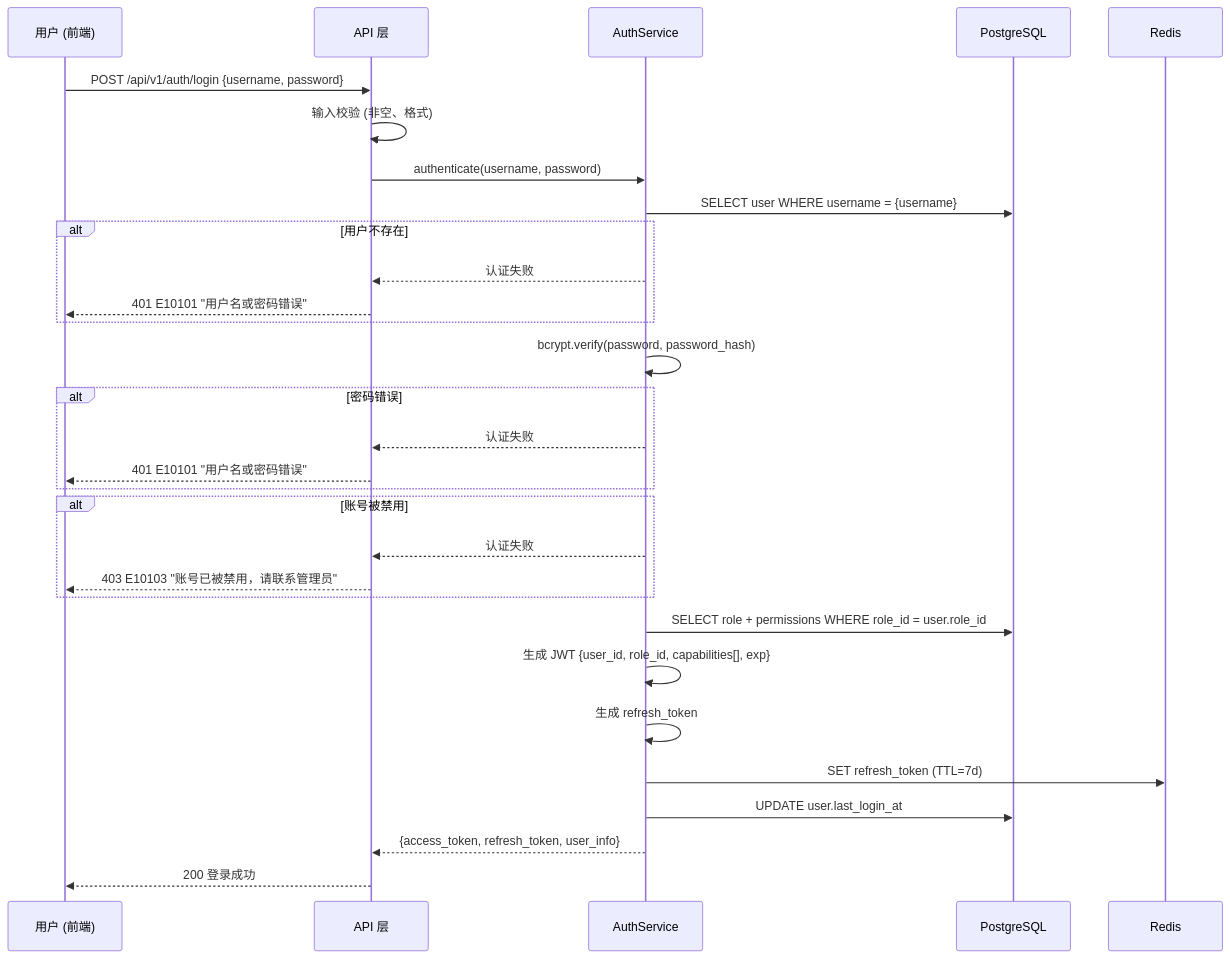
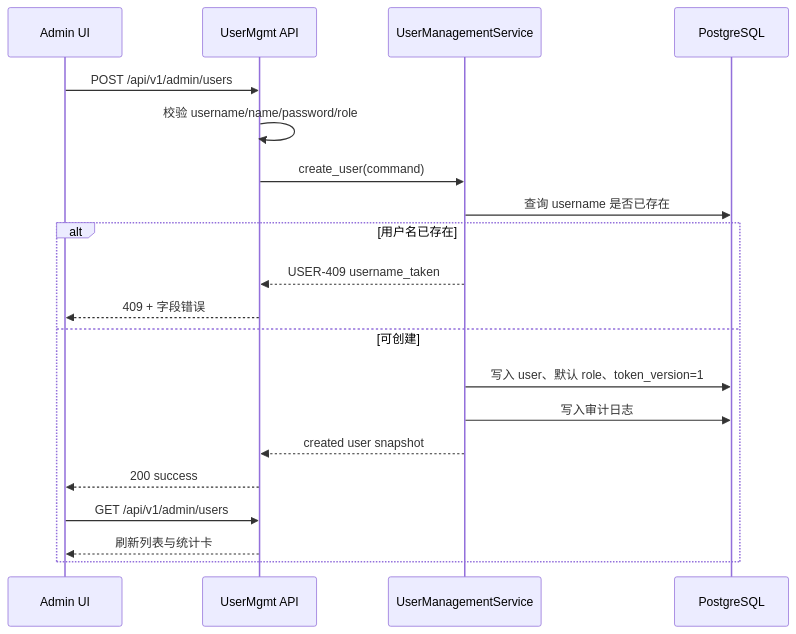
One commit to WangShaoyu1/spec_kit_superpower changed the first of 3 diagrams in specs/master/ad/ad-user-mgmt.md. Above: the diagram before and after it, drawn with Mermaid. The commit also changed other lines of this file and 416 other files, not shown here.

````diff
--- a/specs/master/ad/ad-user-mgmt.md
+++ b/specs/master/ad/ad-user-mgmt.md
@@ -61,40 +41,23 @@
 ```mermaid
 sequenceDiagram
-    participant U as 用户 (前端)
-    participant API as API 层
-    participant AS as AuthService
-    participant DB as PostgreSQL
-    participant R as Redis
+    participant A as Admin UI
+    participant API as UserMgmt API
+    participant SVC as UserManagementService
+    participant PG as PostgreSQL
 
-    U->>API: POST /api/v1/auth/login {username, password}
-    API->>API: 输入校验 (非空、格式)
-
-    API->>AS: authenticate(username, password)
-    AS->>DB: SELECT user WHERE username = {username}
-
-    alt 用户不存在
-        AS-->>API: 认证失败
-        API-->>U: 401 E10101 "用户名或密码错误"
+    A->>API: POST /api/v1/admin/users
+    API->>API: 校验 username/name/password/role
+    API->>SVC: create_user(command)
+    SVC->>PG: 查询 username 是否已存在
+    alt 用户名已存在
+        SVC-->>API: USER-409 username_taken
+        API-->>A: 409 + 字段错误
+    else 可创建
+        SVC->>PG: 写入 user、默认 role、token_version=1
+        SVC->>PG: 写入审计日志
+        SVC-->>API: created user snapshot
+        API-->>A: 200 success
+        A->>API: GET /api/v1/admin/users
+        API-->>A: 刷新列表与统计卡
     end
-
-    AS->>AS: bcrypt.verify(password, password_hash)
-
-    alt 密码错误
-        AS-->>API: 认证失败
-        API-->>U: 401 E10101 "用户名或密码错误"
-    end
-
-    alt 账号被禁用
-        AS-->>API: 认证失败
-        API-->>U: 403 E10103 "账号已被禁用，请联系管理员"
-    end
-
-    AS->>DB: SELECT role + permissions WHERE role_id = user.role_id
-    AS->>AS: 生成 JWT {user_id, role_id, capabilities[], exp}
-    AS->>AS: 生成 refresh_token
-    AS->>R: SET refresh_token (TTL=7d)
-    AS->>DB: UPDATE user.last_login_at
-
-    AS-->>API: {access_token, refresh_token, user_info}
-    API-->>U: 200 登录成功
 ```
````
